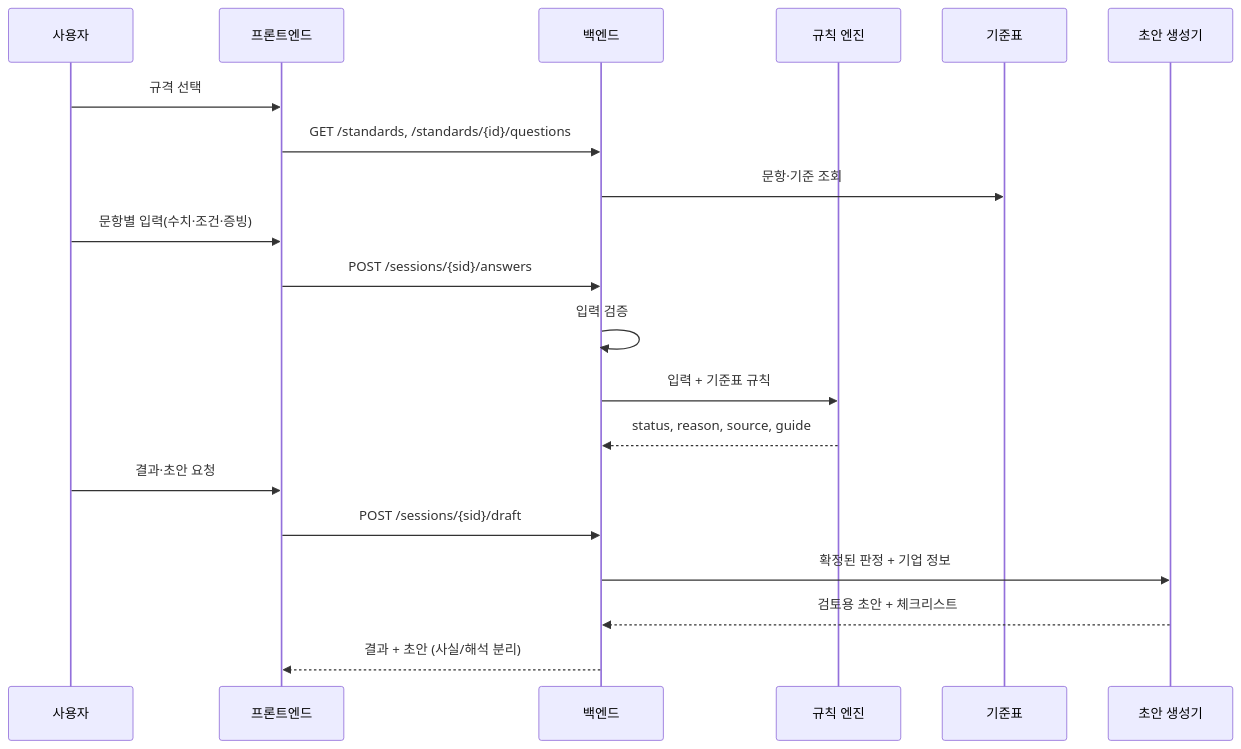
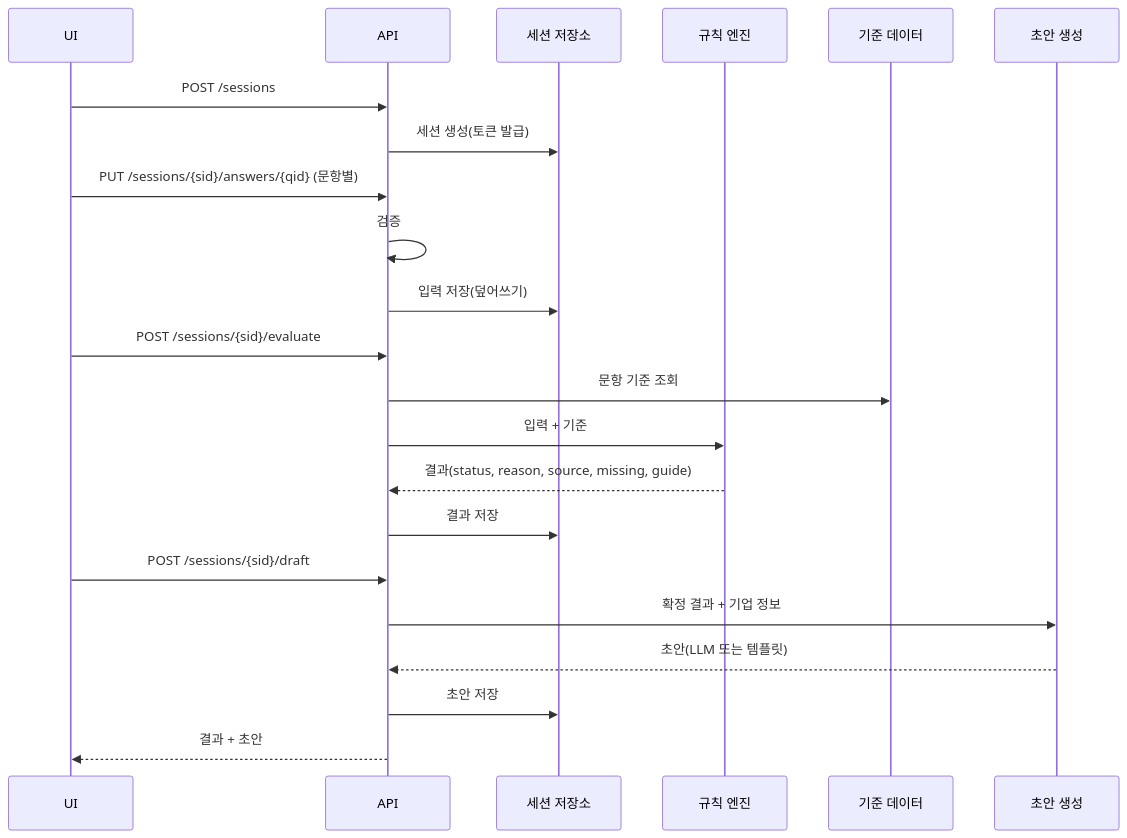
Before and after one commit to t01038567363-collab/spec-bridge: the second of 2 diagrams in TRD.md, drawn with Mermaid. The commit also changed other lines of this file and 1 other file, not shown here.

Commit message:
Revise TRD per review feedback (stack, 10-question table, API specs, test cases, retention policy)

````diff
--- a/TRD.md
+++ b/TRD.md
@@ -81,22 +125,24 @@
 ```mermaid
 sequenceDiagram
-  participant U as 사용자
-  participant FE as 프론트엔드
-  participant API as 백엔드
+  participant U as UI
+  participant API as API
+  participant DB as 세션 저장소
   participant RE as 규칙 엔진
-  participant GT as 기준표
-  participant DG as 초안 생성기
-  U->>FE: 규격 선택
-  FE->>API: GET /standards, /standards/{id}/questions
-  API->>GT: 문항·기준 조회
-  U->>FE: 문항별 입력(수치·조건·증빙)
-  FE->>API: POST /sessions/{sid}/answers
-  API->>API: 입력 검증
-  API->>RE: 입력 + 기준표 규칙
-  RE-->>API: status, reason, source, guide
-  U->>FE: 결과·초안 요청
-  FE->>API: POST /sessions/{sid}/draft
-  API->>DG: 확정된 판정 + 기업 정보
-  DG-->>API: 검토용 초안 + 체크리스트
-  API-->>FE: 결과 + 초안 (사실/해석 분리)
+  participant GT as 기준 데이터
+  participant DG as 초안 생성
+  U->>API: POST /sessions
+  API->>DB: 세션 생성(토큰 발급)
+  U->>API: PUT /sessions/{sid}/answers/{qid} (문항별)
+  API->>API: 검증
+  API->>DB: 입력 저장(덮어쓰기)
+  U->>API: POST /sessions/{sid}/evaluate
+  API->>GT: 문항 기준 조회
+  API->>RE: 입력 + 기준
+  RE-->>API: 결과(status, reason, source, missing, guide)
+  API->>DB: 결과 저장
+  U->>API: POST /sessions/{sid}/draft
+  API->>DG: 확정 결과 + 기업 정보
+  DG-->>API: 초안(LLM 또는 템플릿)
+  API->>DB: 초안 저장
+  API-->>U: 결과 + 초안
 ```
````
